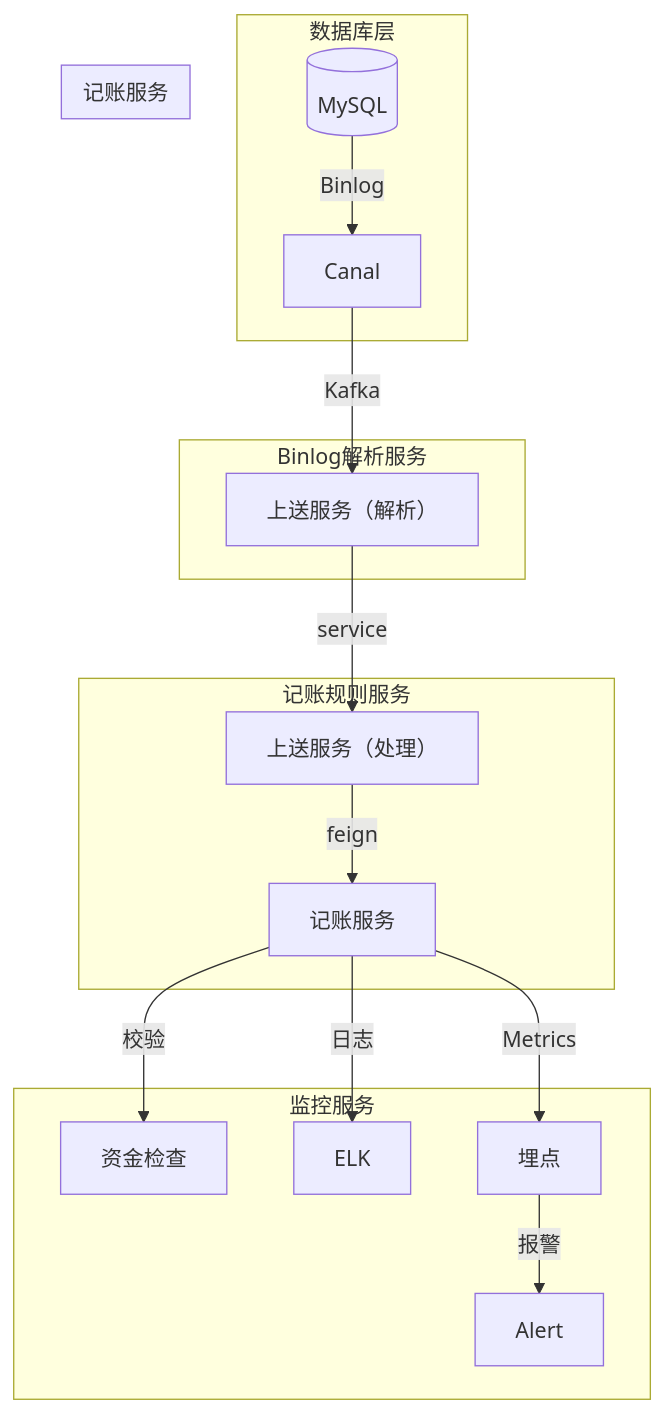
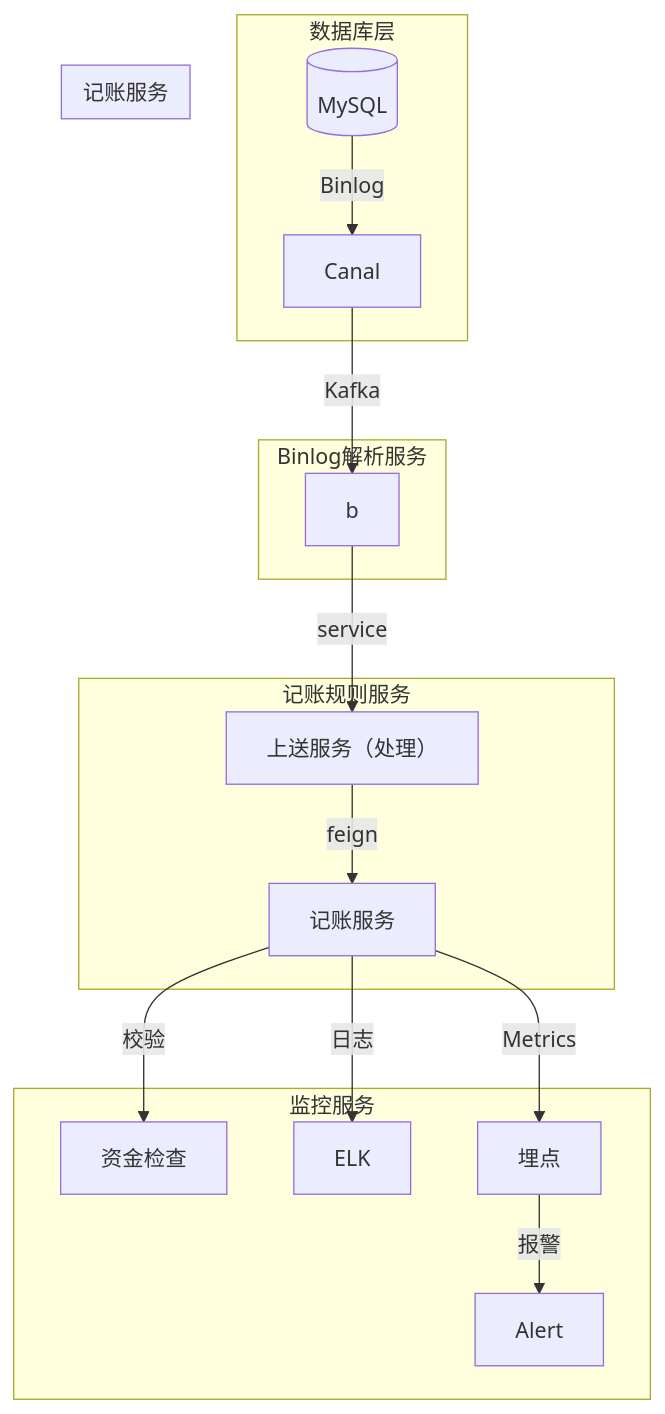
One commit to 87828943/iodraw-files changed the diagram in all/记账架构图.md. Above: the diagram before and after it, drawn with Mermaid.

Commit message:
2025-07-07 14:41:59 update

````diff
--- a/all/记账架构图.md
+++ b/all/记账架构图.md
@@ -1,23 +1,23 @@
 ```mermaid
 graph TB
     subgraph 数据库层
         DB[(MySQL)] -->|Binlog| Canal
     end
     subgraph Binlog解析服务
-        Canal -->|Kafka| Parser[上送服务（解析）]
+        Canal -->|Kafka| Parser[b]
     end
     subgraph 记账规则服务
         
         Parser -->|service| Engine[上送服务（处理）]
         Engine -->|feign| Accounting[记账服务]
     end
     subgraph 记账服务
        
     end
     subgraph 监控服务
         Accounting --> |校验| 资金检查
         Accounting -->|日志| ELK
         Accounting -->|Metrics| 埋点
         埋点 -->|报警| Alert
     end
 ```
````
